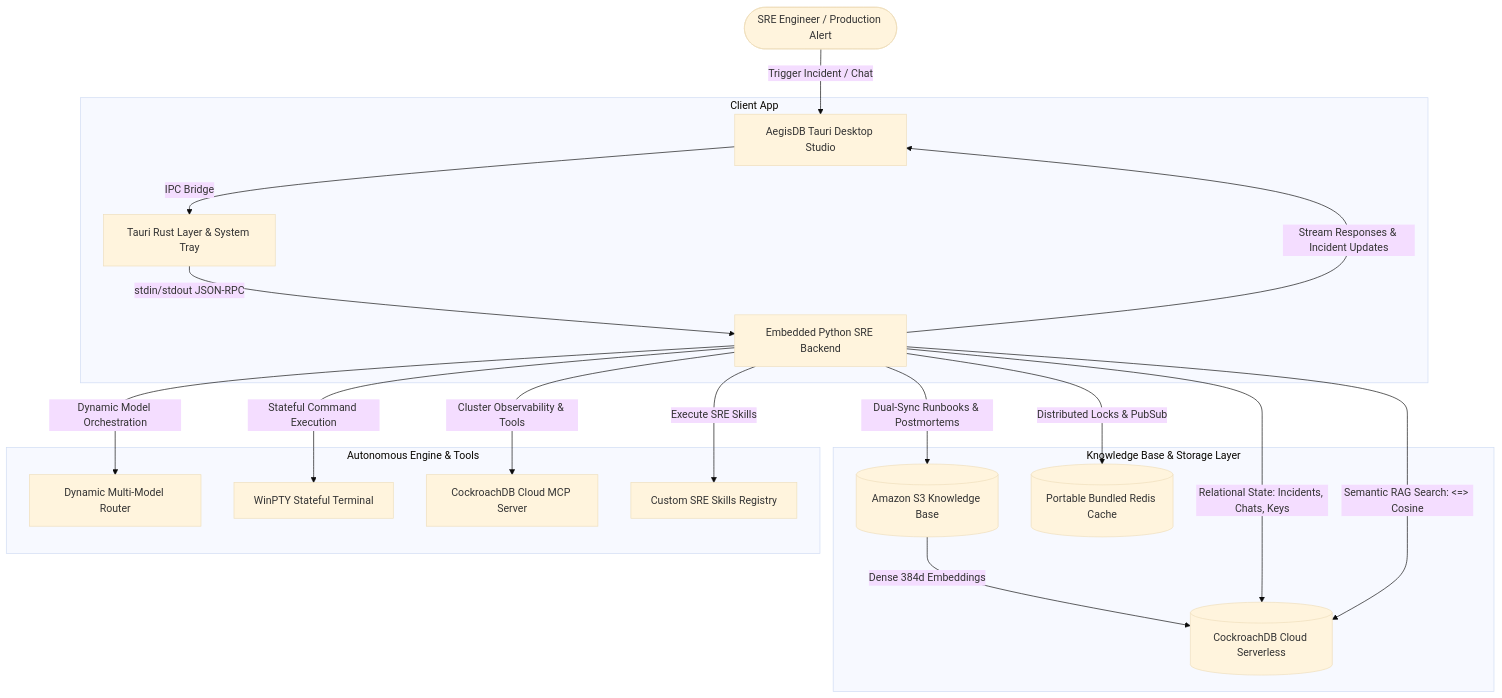
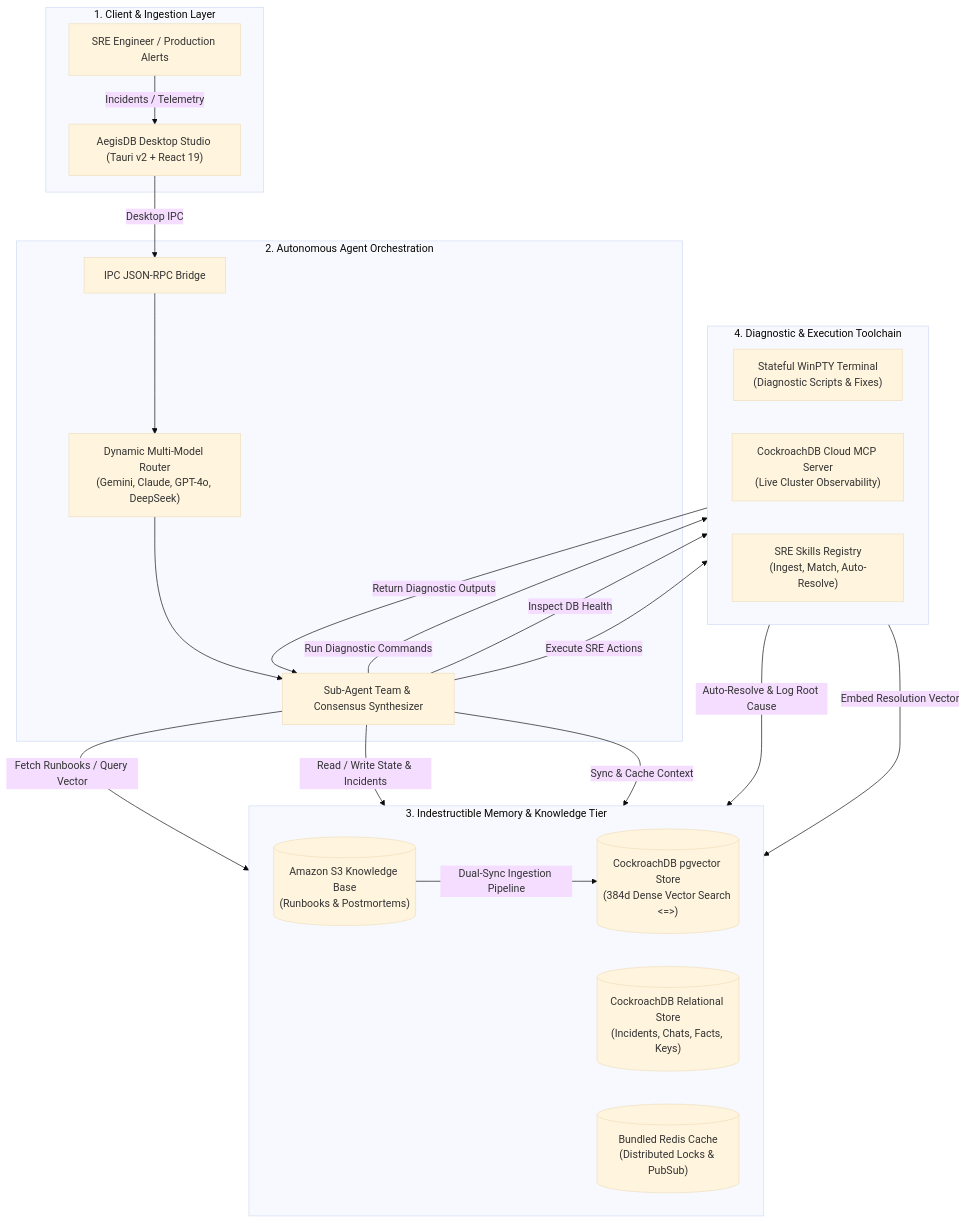
The diagram in README.md (Arthur-101/CockroachDB), drawn with Mermaid (base theme) before and after one commit.

Commit message:
docs(architecture): update architecture diagram to clean 4-tier modular system

````diff
--- a/README.md
+++ b/README.md
@@ -40,26 +40,51 @@
 ```mermaid
-graph TD
-    User([SRE Engineer / Production Alert]) -->|Trigger Incident / Chat| UI[AegisDB Tauri Desktop Studio]
-    
-    subgraph Client App
-        UI -->|IPC Bridge| Rust[Tauri Rust Layer & System Tray]
-        Rust -->|stdin/stdout JSON-RPC| PyAPI[Embedded Python SRE Backend]
+graph TB
+    %% TIER 1: CLIENT & INGESTION
+    subgraph T1["1. Client & Ingestion Layer"]
+        User["SRE Engineer / Production Alerts"]
+        UI["AegisDB Desktop Studio (Tauri v2 + React 19)"]
+        User -->|Incidents / Telemetry| UI
     end
 
-    subgraph Knowledge Base & Storage Layer
-        PyAPI -->|Dual-Sync Runbooks & Postmortems| S3[(Amazon S3 Knowledge Base)]
-        S3 -->|Dense 384d Embeddings| CRDB[(CockroachDB Cloud Serverless)]
-        PyAPI -->|Relational State: Incidents, Chats, Keys| CRDB
-        PyAPI -->|Semantic RAG Search: <=> Cosine| CRDB
-        PyAPI -->|Distributed Locks & PubSub| Redis[(Portable Bundled Redis Cache)]
+    %% TIER 2: AGENT ENGINE
+    subgraph T2["2. Autonomous Agent Orchestration"]
+        Bridge["IPC JSON-RPC Bridge"]
+        Router["Dynamic Multi-Model Router<br/>(Gemini, Claude, GPT-4o, DeepSeek)"]
+        Team["Sub-Agent Team & Consensus Synthesizer"]
+        UI -->|Desktop IPC| Bridge
+        Bridge --> Router
+        Router --> Team
     end
 
-    subgraph Autonomous Engine & Tools
-        PyAPI -->|Dynamic Model Orchestration| LLM[Dynamic Multi-Model Router]
-        PyAPI -->|Stateful Command Execution| Terminal[WinPTY Stateful Terminal]
-        PyAPI -->|Cluster Observability & Tools| MCP[CockroachDB Cloud MCP Server]
-        PyAPI -->|Execute SRE Skills| Skills[Custom SRE Skills Registry]
+    %% TIER 3: MEMORY & KNOWLEDGE (COCKROACHDB + AWS S3)
+    subgraph T3["3. Indestructible Memory & Knowledge Tier"]
+        direction LR
+        S3[("Amazon S3 Knowledge Base<br/>(Runbooks & Postmortems)")]
+        CRDB_REL[("CockroachDB Relational Store<br/>(Incidents, Chats, Facts, Keys)")]
+        CRDB_VEC[("CockroachDB pgvector Store<br/>(384d Dense Vector Search <=>)")]
+        Redis[("Bundled Redis Cache<br/>(Distributed Locks & PubSub)")]
+        
+        S3 -->|Dual-Sync Ingestion Pipeline| CRDB_VEC
     end
-    
-    PyAPI -->|Stream Responses & Incident Updates| UI
+
+    %% TIER 4: EXECUTION & TOOLS
+    subgraph T4["4. Diagnostic & Execution Toolchain"]
+        direction LR
+        WinPTY["Stateful WinPTY Terminal<br/>(Diagnostic Scripts & Fixes)"]
+        MCP["CockroachDB Cloud MCP Server<br/>(Live Cluster Observability)"]
+        Skills["SRE Skills Registry<br/>(Ingest, Match, Auto-Resolve)"]
+    end
+
+    %% CONNECTIONS BETWEEN TIERS
+    Team -->|Fetch Runbooks / Query Vector| CRDB_VEC
+    Team -->|Read / Write State & Incidents| CRDB_REL
+    Team -->|Sync & Cache Context| Redis
+    Team -->|Run Diagnostic Commands| WinPTY
+    Team -->|Inspect DB Health| MCP
+    Team -->|Execute SRE Actions| Skills
+
+    %% FEEDBACK LOOP
+    Skills -->|Auto-Resolve & Log Root Cause| CRDB_REL
+    Skills -->|Embed Resolution Vector| CRDB_VEC
+    WinPTY -->|Return Diagnostic Outputs| Team
 ```
````
